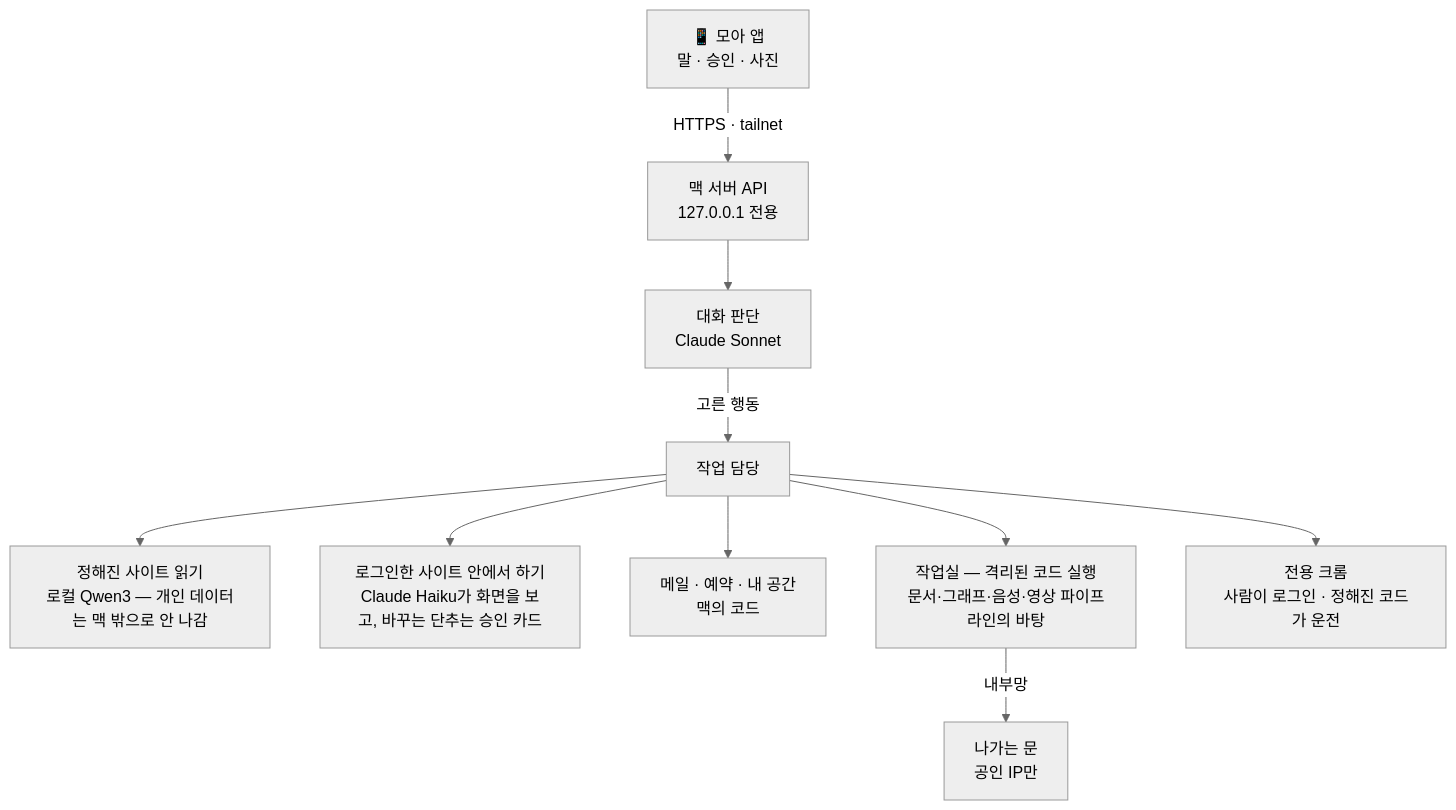
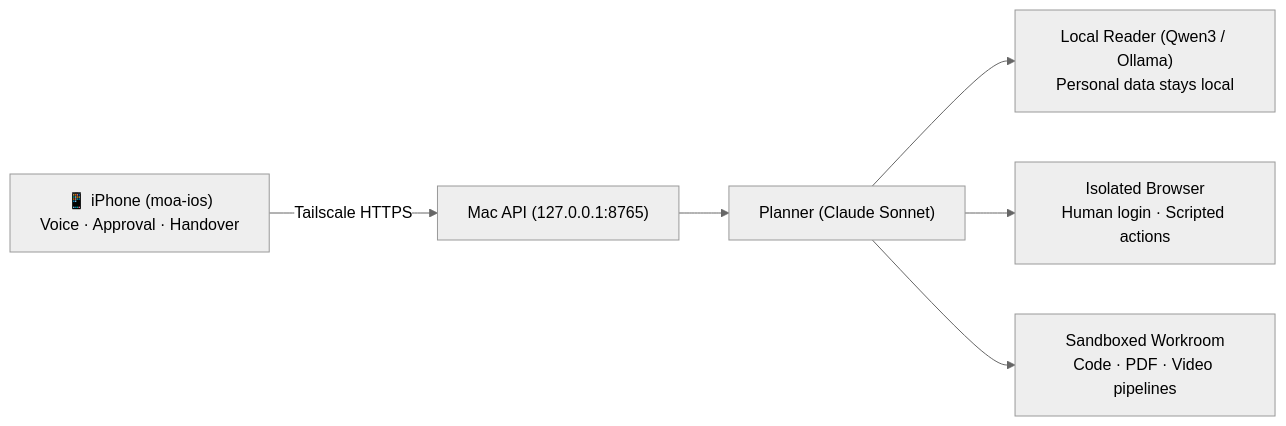
Before and after one commit to ijwoo/moa-agent: the diagram in README.md, drawn with Mermaid (neutral theme). The commit also changed other lines of this file and 1 other file, not shown here.

````diff
--- a/README.md
+++ b/README.md
@@ -45,12 +41,8 @@
 ```mermaid
-flowchart TB
-    phone["📱 모아 앱<br/>말 · 승인 · 사진"] -->|HTTPS · tailnet| api["맥 서버 API<br/>127.0.0.1 전용"]
-    api --> head["대화 판단<br/>Claude Sonnet"]
-    head -->|고른 행동| run["작업 담당"]
-    run --> read["정해진 사이트 읽기<br/>로컬 Qwen3 — 개인 데이터는 맥 밖으로 안 나감"]
-    run --> inside["로그인한 사이트 안에서 하기<br/>Claude Haiku가 화면을 보고, 바꾸는 단추는 승인 카드"]
-    run --> mail["메일 · 예약 · 내 공간<br/>맥의 코드"]
-    run --> room["작업실 — 격리된 코드 실행<br/>문서·그래프·음성·영상 파이프라인의 바탕"]
-    room -->|내부망| proxy["나가는 문<br/>공인 IP만"]
-    run --> chrome["전용 크롬<br/>사람이 로그인 · 정해진 코드가 운전"]
+flowchart LR
+    phone["📱 iPhone (moa-ios)<br/>Voice · Approval · Handover"] -->|Tailscale HTTPS| api["Mac API (127.0.0.1:8765)"]
+    api --> router["Planner (Claude Sonnet)"]
+    router --> local["Local Reader (Qwen3 / Ollama)<br/>Personal data stays local"]
+    router --> browser["Isolated Browser<br/>Human login · Scripted actions"]
+    router --> workroom["Sandboxed Workroom<br/>Code · PDF · Video pipelines"]
 ```
````
